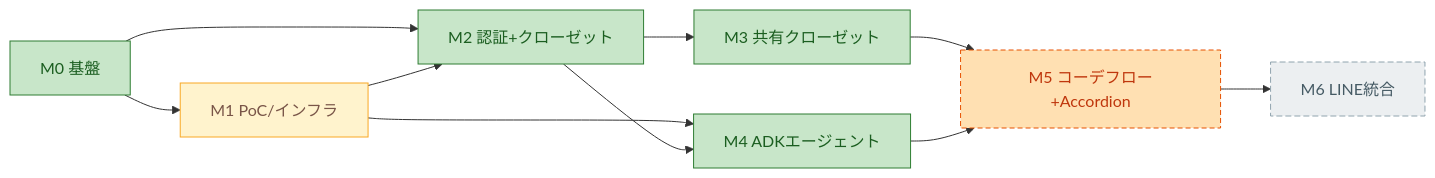
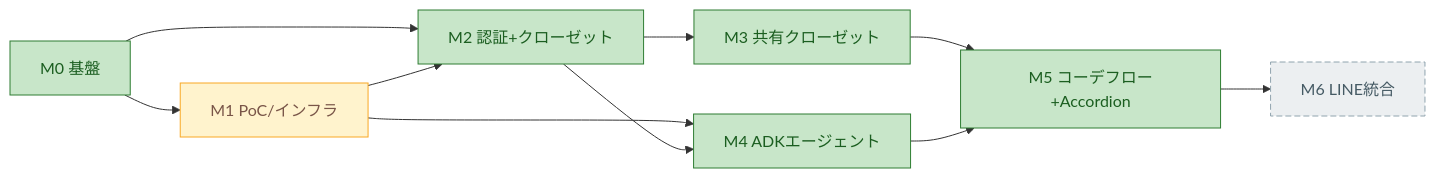
The eighth of 8 diagrams in docs/architecture-overview.md (RanArino/gen-fashion), drawn with Mermaid before and after one commit. The commit also changed other lines of this file, not shown here.

First line of the commit message:
feat(coordination): update architecture overview and finalize M5 implementation details

````diff
--- a/docs/architecture-overview.md
+++ b/docs/architecture-overview.md
@@ -321,18 +321,18 @@
 ```mermaid
 flowchart LR
   M0["M0 基盤"] --> M1["M1 PoC/インフラ"]
   M0 --> M2["M2 認証+クローゼット"]
   M1 --> M2
   M2 --> M3["M3 共有クローゼット"]
   M1 --> M4["M4 ADKエージェント"]
   M2 --> M4
   M3 --> M5["M5 コーデフロー+Accordion"]
   M4 --> M5
   M5 --> M6["M6 LINE統合"]
 
   classDef done fill:#c8e6c9,stroke:#2e7d32,color:#1b5e20;
   classDef wip fill:#fff3cd,stroke:#f9a825,color:#795548;
   classDef stub fill:#ffe0b2,stroke:#e65100,color:#bf360c,stroke-dasharray:5 3;
   classDef todo fill:#eceff1,stroke:#90a4ae,color:#455a64,stroke-dasharray:6 3;
-  class M0,M2,M3,M4 done; class M1 wip; class M5 stub; class M6 todo;
+  class M0,M2,M3,M4,M5 done; class M1 wip; class M6 todo;
 ```
````
